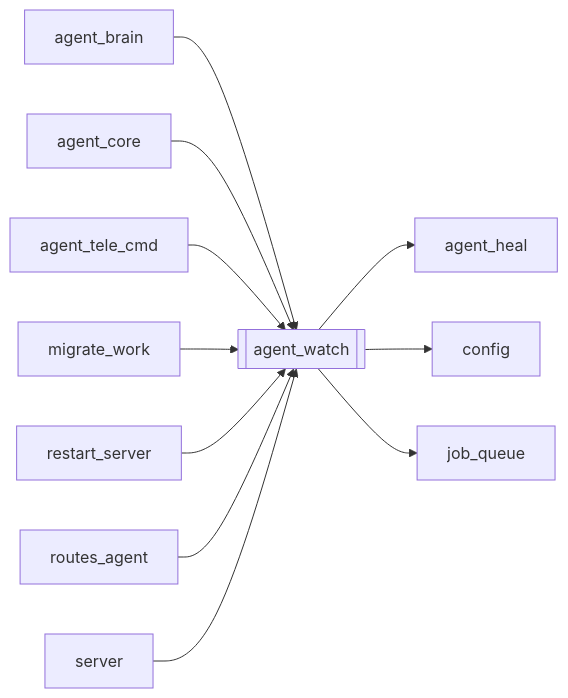
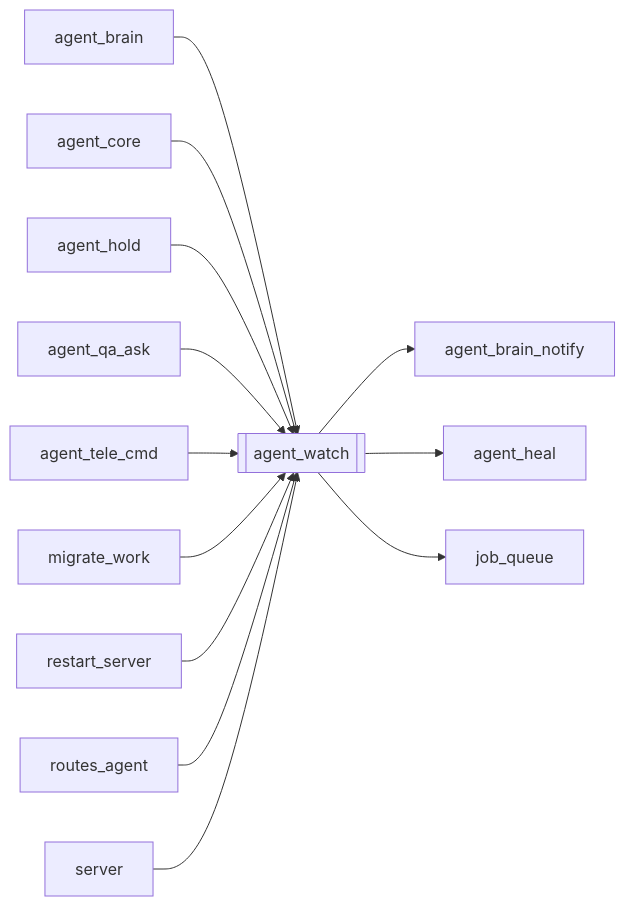
The diagram in docs/brain/modules/agent_watch.md (kjza178/PineLineV4), drawn with Mermaid before and after one commit. The commit also changed other lines of this file and 200 other files, not shown here.

````diff
--- a/docs/brain/modules/agent_watch.md
+++ b/docs/brain/modules/agent_watch.md
@@ -16,14 +16,16 @@
 ```mermaid
 flowchart LR
   agent_watch[[agent_watch]]
   agent_brain[agent_brain] --> agent_watch
   agent_core[agent_core] --> agent_watch
+  agent_hold[agent_hold] --> agent_watch
+  agent_qa_ask[agent_qa_ask] --> agent_watch
   agent_tele_cmd[agent_tele_cmd] --> agent_watch
   migrate_work[migrate_work] --> agent_watch
   restart_server[restart_server] --> agent_watch
   routes_agent[routes_agent] --> agent_watch
   server[server] --> agent_watch
+  agent_watch --> agent_brain_notify[agent_brain_notify]
   agent_watch --> agent_heal[agent_heal]
-  agent_watch --> config[config]
   agent_watch --> job_queue[job_queue]
 ```
````
